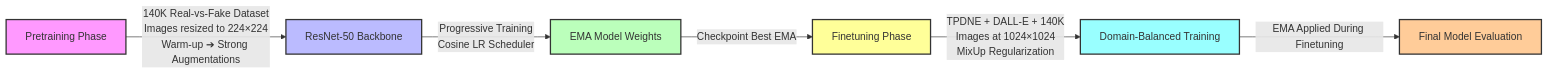
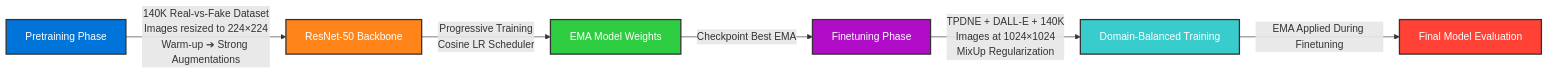
One commit to nbleykhman/TrueFace changed the diagram in README.md. Above: the diagram before and after it, drawn with Mermaid.

````diff
--- a/README.md
+++ b/README.md
@@ -30,15 +30,15 @@
 ```mermaid
 flowchart LR
     A[Pretraining Phase] -->|140K Real-vs-Fake Dataset<br/>Images resized to 224×224<br/>Warm-up ➔ Strong Augmentations| B[ResNet-50 Backbone]
     B -->|Progressive Training<br/>Cosine LR Scheduler| C[EMA Model Weights]
     C -->|Checkpoint Best EMA| D[Finetuning Phase]
     D -->|TPDNE + DALL-E + 140K<br/>Images at 1024×1024<br/>MixUp Regularization| E[Domain-Balanced Training]
     E -->|EMA Applied During Finetuning| F[Final Model Evaluation]
 
-    style A fill:#f9f,stroke:#333,stroke-width:2px
-    style B fill:#bbf,stroke:#333,stroke-width:2px
-    style C fill:#bfb,stroke:#333,stroke-width:2px
-    style D fill:#ff9,stroke:#333,stroke-width:2px
-    style E fill:#9ff,stroke:#333,stroke-width:2px
-    style F fill:#fc9,stroke:#333,stroke-width:2px
+    style A fill:#0074D9,stroke:#333,stroke-width:2px,color:#fff
+    style B fill:#FF851B,stroke:#333,stroke-width:2px,color:#fff
+    style C fill:#2ECC40,stroke:#333,stroke-width:2px,color:#fff
+    style D fill:#B10DC9,stroke:#333,stroke-width:2px,color:#fff
+    style E fill:#39CCCC,stroke:#333,stroke-width:2px,color:#fff
+    style F fill:#FF4136,stroke:#333,stroke-width:2px,color:#fff
 ```
````
